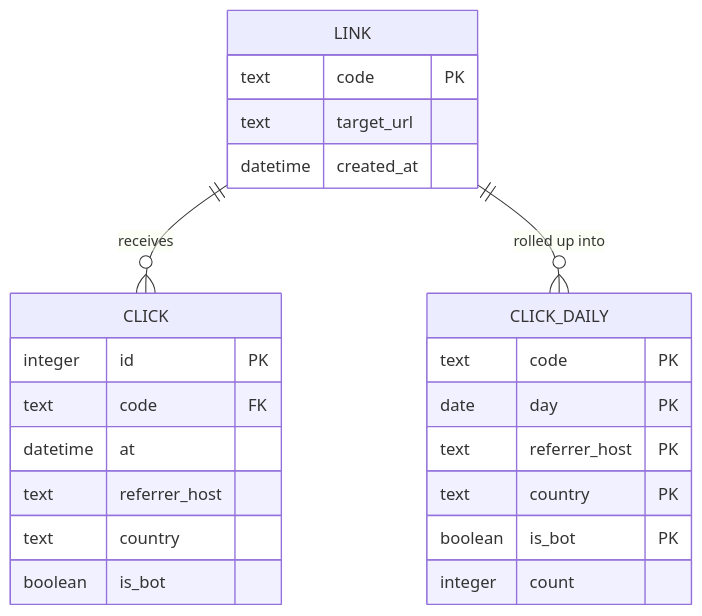
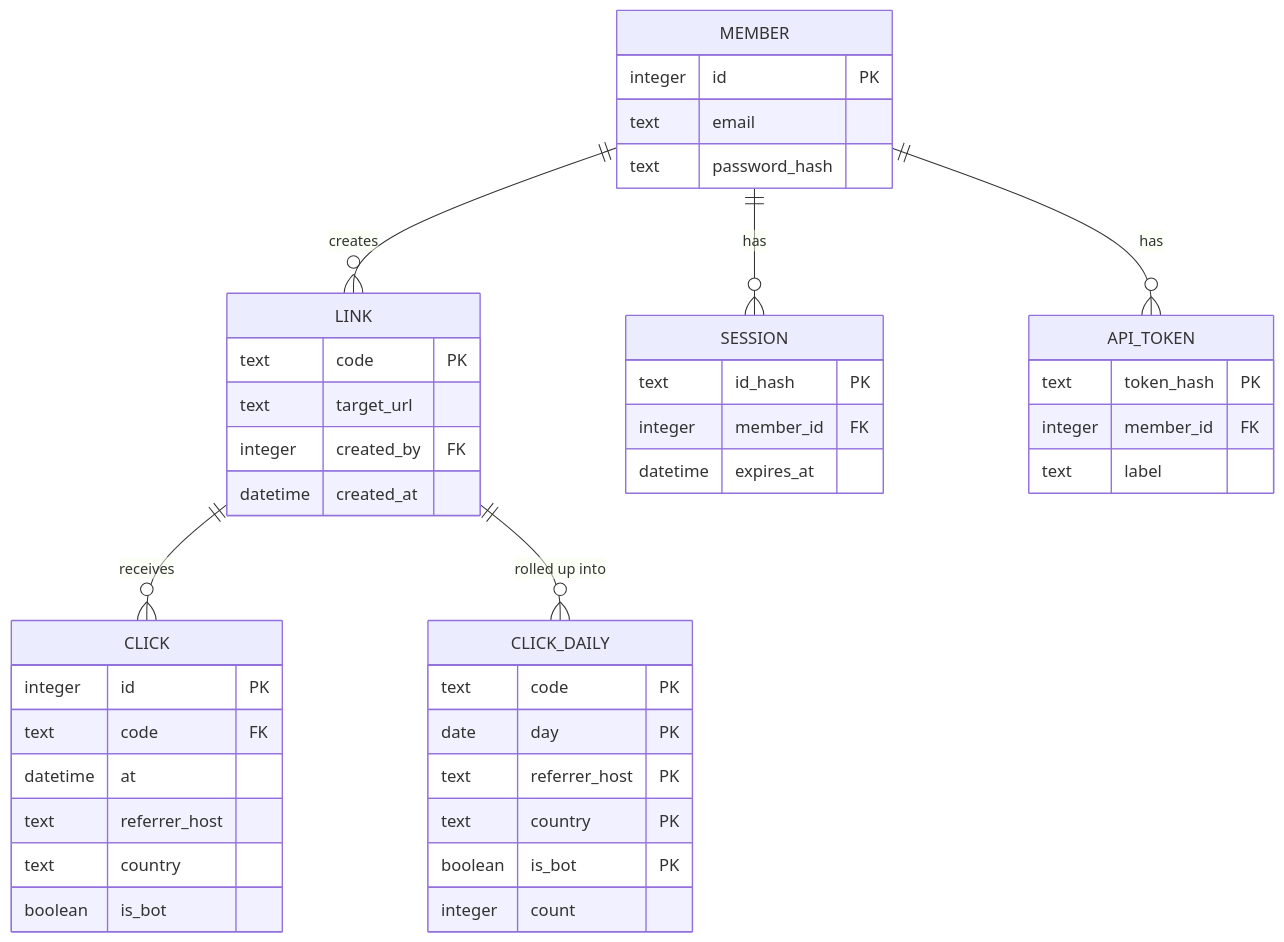
Before and after one commit to fwiesek/tech-design-skills: the third of 6 diagrams in examples/link-shortener/docs/design/link-shortener/design.md, drawn with Mermaid. The commit also changed other lines of this file and 7 other files, not shown here.

````diff
--- a/examples/link-shortener/docs/design/link-shortener/design.md
+++ b/examples/link-shortener/docs/design/link-shortener/design.md
@@ -83,26 +83,45 @@
 ```mermaid
 erDiagram
+  MEMBER ||--o{ LINK : creates
+  MEMBER ||--o{ SESSION : has
+  MEMBER ||--o{ API_TOKEN : has
   LINK ||--o{ CLICK : receives
   LINK ||--o{ CLICK_DAILY : "rolled up into"
+  MEMBER {
+    integer id PK
+    text email
+    text password_hash
+  }
+  SESSION {
+    text id_hash PK
+    integer member_id FK
+    datetime expires_at
+  }
+  API_TOKEN {
+    text token_hash PK
+    integer member_id FK
+    text label
+  }
   LINK {
     text code PK
     text target_url
+    integer created_by FK
     datetime created_at
   }
   CLICK {
     integer id PK
     text code FK
     datetime at
     text referrer_host
     text country
     boolean is_bot
   }
   CLICK_DAILY {
     text code PK
     date day PK
     text referrer_host PK
     text country PK
     boolean is_bot PK
     integer count
   }
 ```
````
